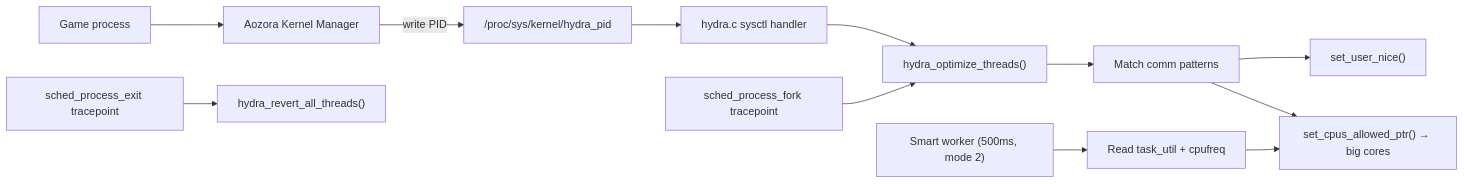
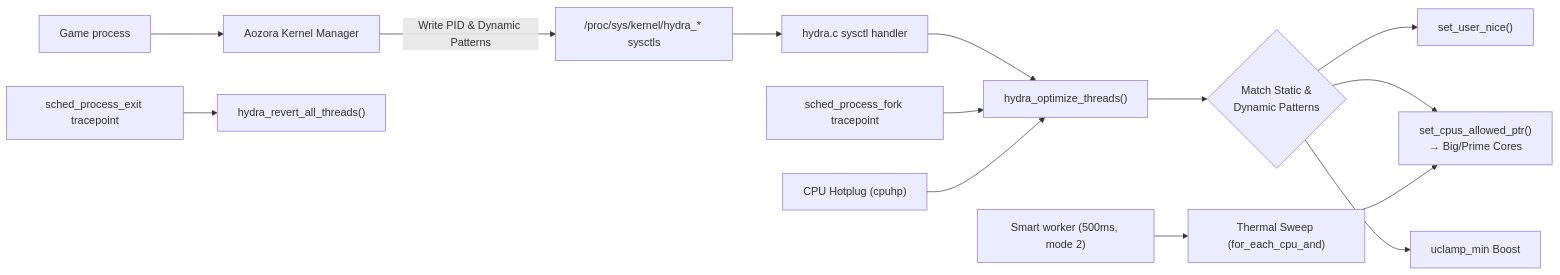
Before and after one commit to xMikkkaa/Hydra: the diagram in README.md, drawn with Mermaid. The commit also changed other lines of this file, not shown here.

Commit message:
docs(README): Update documentation for v0.9
- Update patch application instructions to reference 0001-android-msm-hydra-0.9.patch

````diff
--- a/README.md
+++ b/README.md
@@ -13,14 +14,18 @@
 ```mermaid
 flowchart LR
     A["Game process"] --> B["Aozora Kernel Manager"]
-    B -->|"write PID"| C["/proc/sys/kernel/hydra_pid"]
+    B -->|"Write PID & Dynamic Patterns"| C["/proc/sys/kernel/hydra_* sysctls"]
     C --> D["hydra.c sysctl handler"]
     D --> E["hydra_optimize_threads()"]
-    E --> F["Match comm patterns"]
+    E --> F{"Match Static &
+Dynamic Patterns"}
     F --> G["set_user_nice()"]
-    F --> H["set_cpus_allowed_ptr() → big cores"]
+    F --> H["set_cpus_allowed_ptr()
+→ Big/Prime Cores"]
+    F --> U["uclamp_min Boost"]
     I["sched_process_fork tracepoint"] --> E
     J["sched_process_exit tracepoint"] --> K["hydra_revert_all_threads()"]
-    L["Smart worker (500ms, mode 2)"] --> M["Read task_util + cpufreq"]
+    L["CPU Hotplug (cpuhp)"] --> E
+    S["Smart worker (500ms, mode 2)"] --> M["Thermal Sweep (for_each_cpu_and)"]
     M --> H
 ```
````
